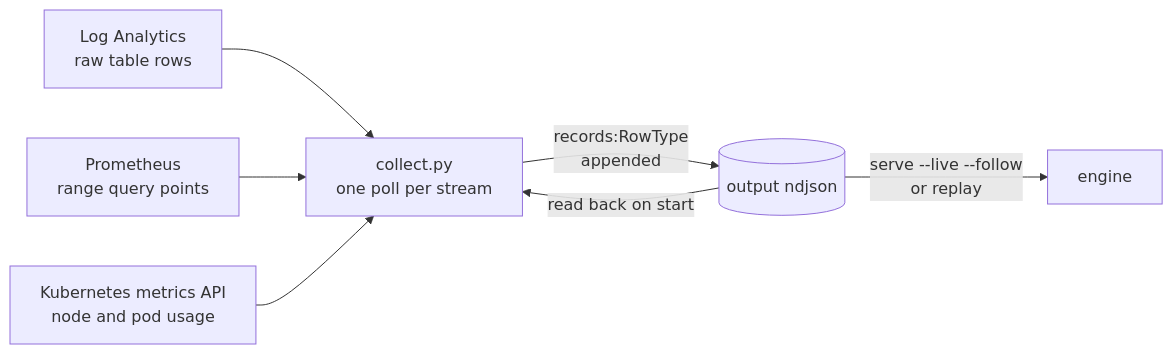
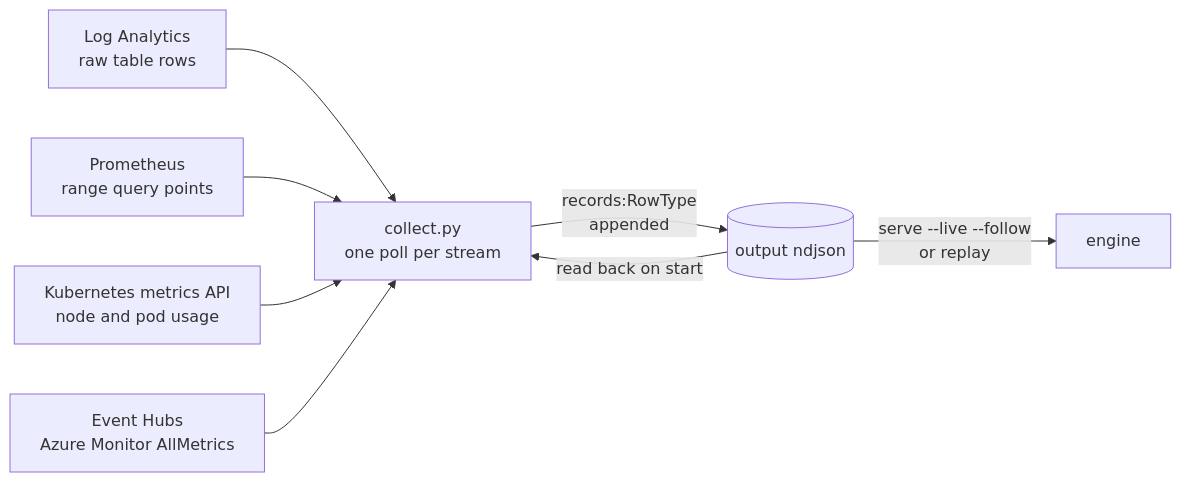
Before and after one commit to abossard/sattle: the first of 2 diagrams in lab/collector/README.md, drawn with Mermaid. The commit also changed other lines of this file and 8 other files, not shown here.

Commit message:
Collector: Azure Monitor metrics through Event Hubs as a plugin (eh-consume reads from an enqueued time); record keys carry the stream so two streams of one row type never share a key; inventory records carry meta source and position, watch.py can append to a followed file (#147)

````diff
--- a/lab/collector/README.md
+++ b/lab/collector/README.md
@@ -5,9 +5,10 @@
 ```mermaid
 flowchart LR
   LA[Log Analytics<br/>raw table rows] --> C
   P[Prometheus<br/>range query points] --> C
   K[Kubernetes metrics API<br/>node and pod usage] --> C
+  H[Event Hubs<br/>Azure Monitor AllMetrics] --> C
   C[collect.py<br/>one poll per stream] -->|records:RowType<br/>appended| O[(output ndjson)]
   O -->|read back on start| C
   O -->|serve --live --follow<br/>or replay| E[engine]
 ```
````
